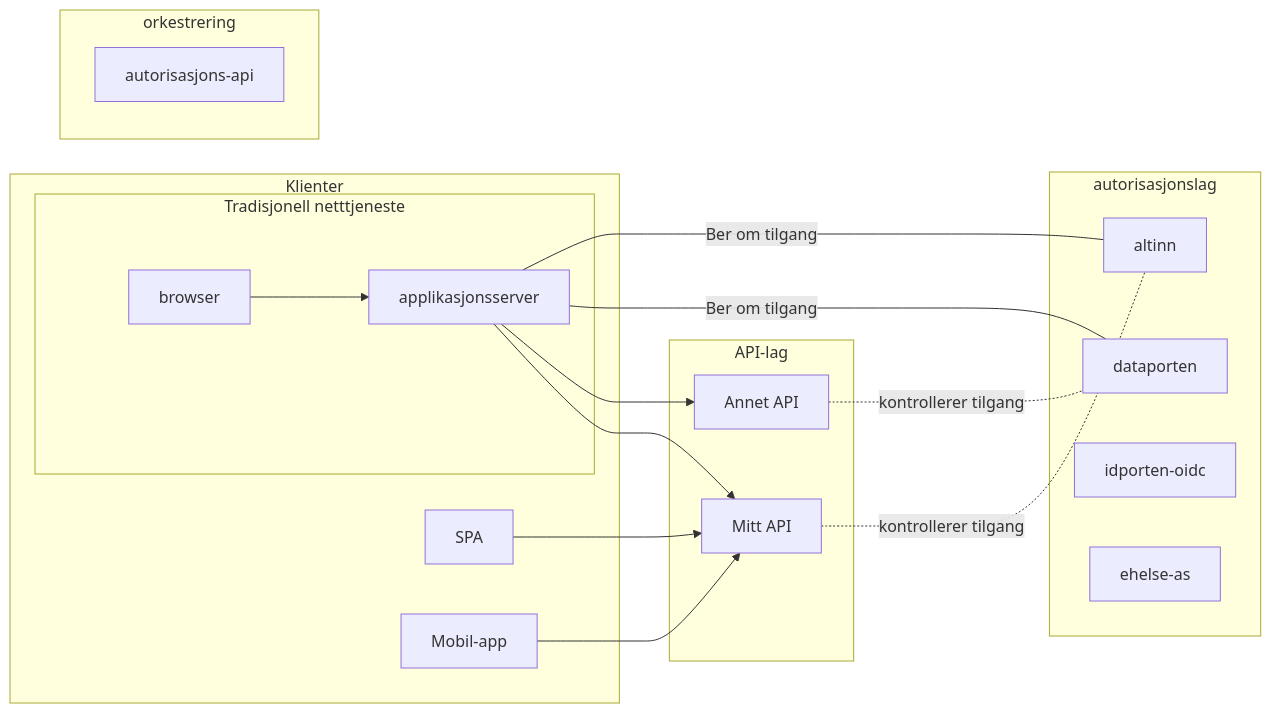
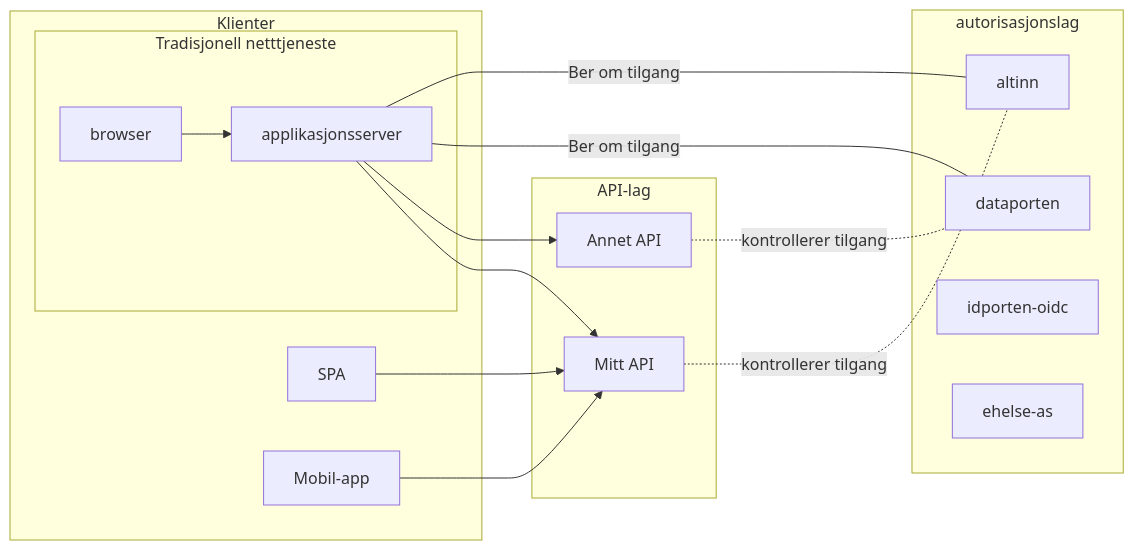
The second of 2 diagrams in pages/oauth2/systemlandskap.md (joergenb/documentation-theme-jekyll), drawn with Mermaid before and after one commit. The commit also changed other lines of this file, not shown here.

```diff
--- a/pages/oauth2/systemlandskap.md
+++ b/pages/oauth2/systemlandskap.md
@@ -42,42 +42,38 @@
 <div class="mermaid">
 graph LR
 
  subgraph autorisasjonslag
   dataporten
   altinn 
   idporten-oidc
   ehelse-as
  end
 
  subgraph API-lag
   mittapi["Mitt API"]
   dittapi["Annet API"]
 
   mittapi-. kontrollerer tilgang .- altinn
   dittapi-. kontrollerer tilgang .- dataporten
  end
 
  subgraph Klienter 
   subgraph Tradisjonell netttjeneste
     browser
     applikasjonsserver
     browser-->applikasjonsserver
   end
   SPA
   native["Mobil-app"]
 
   applikasjonsserver-->mittapi
   applikasjonsserver-->dittapi
   applikasjonsserver-- Ber om tilgang --- dataporten
   applikasjonsserver-- Ber om tilgang --- altinn
 
   SPA-->mittapi
   native-->mittapi
  end
  
- subgraph orkestrering
-   autorisasjons-api
-   
-  end
-
+ 
 </div>
```
